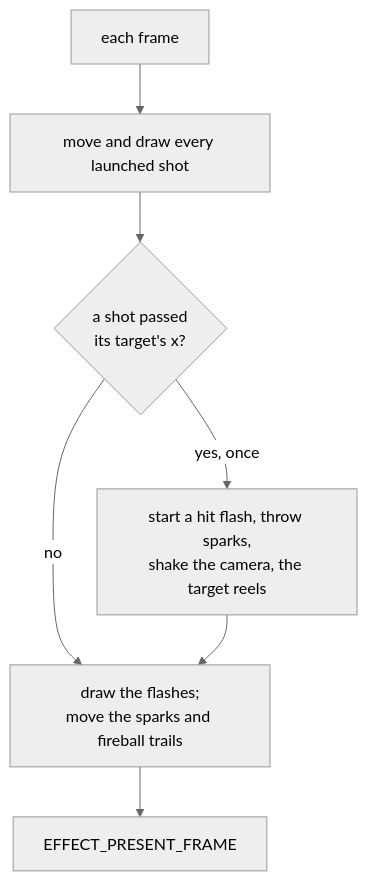
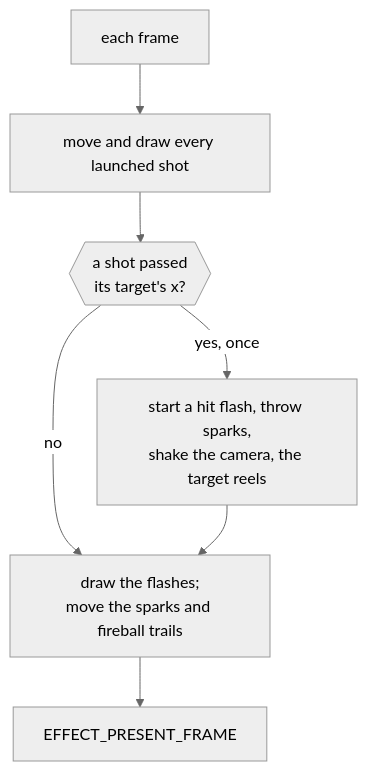
The fifth of 5 diagrams in games/tbs/src/effect/README.md (PascalPixel/alchemy), drawn with Mermaid (neutral theme) before and after one commit. The commit also changed other lines of this file and 17 other files, not shown here.

First line of the commit message:
Docs: diagrams that draw on the site

````diff
--- a/games/tbs/src/effect/README.md
+++ b/games/tbs/src/effect/README.md
@@ -685,9 +685,9 @@
 ```mermaid
 flowchart TD
     frame["each frame"] --> move["move and draw every launched shot"]
-    move --> passed{"a shot passed<br/>its target's x?"}
+    move --> passed{{"a shot passed<br/>its target's x?"}}
     passed -->|"yes, once"| hit["start a hit flash, throw sparks,<br/>shake the camera, the target reels"]
     passed -->|no| rest
     hit --> rest["draw the flashes;<br/>move the sparks and fireball trails"]
     rest --> present["EFFECT_PRESENT_FRAME"]
 ```
````
